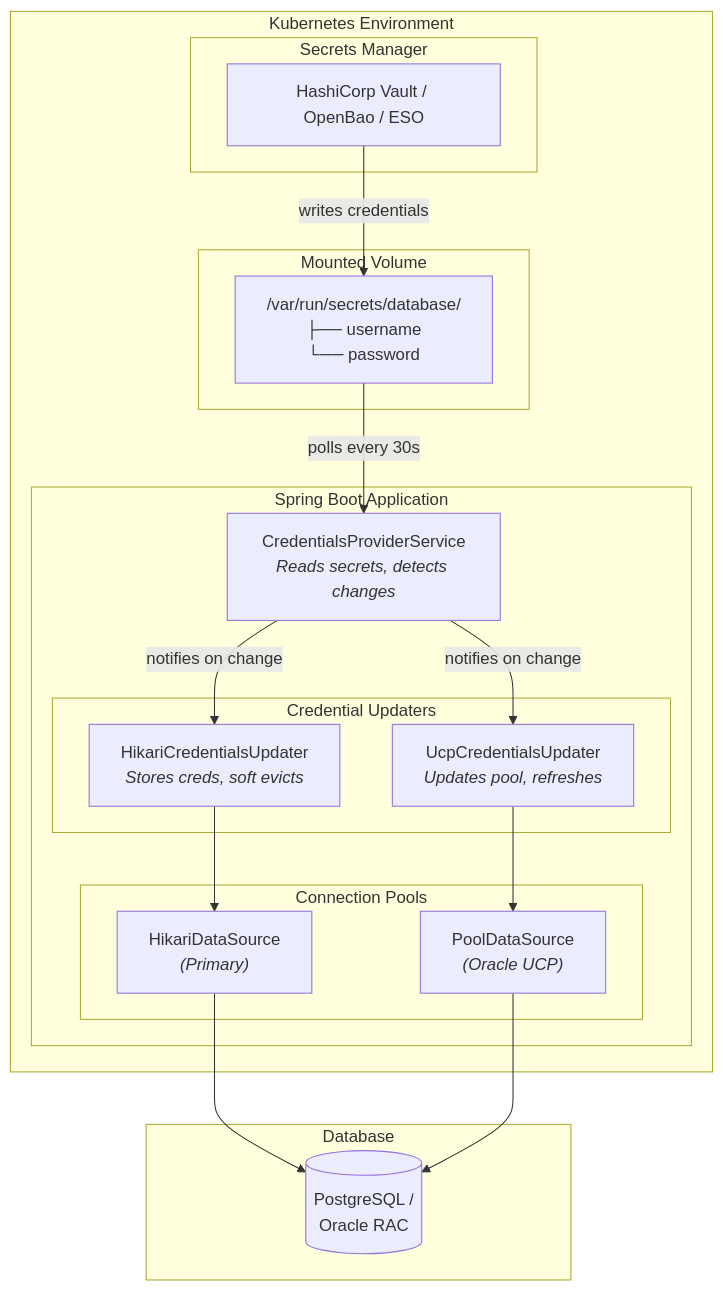
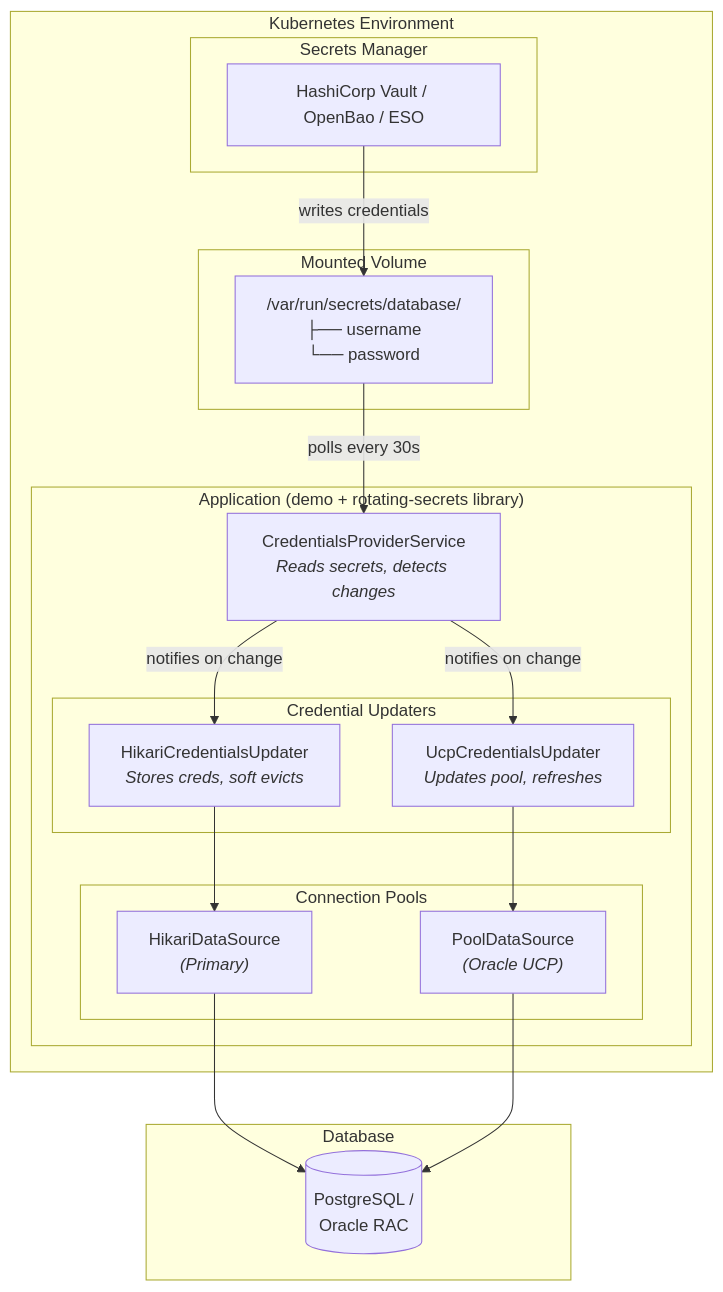
Before and after one commit to bhanafee/RotatingSecrets: the first of 4 diagrams in README.md, drawn with Mermaid. The commit also changed other lines of this file, not shown here.

````diff
--- a/README.md
+++ b/README.md
@@ -33,41 +33,41 @@
 ```mermaid
 flowchart TB
     subgraph K8s["Kubernetes Environment"]
         subgraph Secrets["Secrets Manager"]
             Vault["HashiCorp Vault / OpenBao / ESO"]
         end
 
         subgraph Volume["Mounted Volume"]
             SecretFiles["/var/run/secrets/database/<br/>├── username<br/>└── password"]
         end
 
         Vault -->|"writes credentials"| SecretFiles
 
-        subgraph App["Spring Boot Application"]
+        subgraph App["Application (demo + rotating-secrets library)"]
             CPS["CredentialsProviderService<br/><i>Reads secrets, detects changes</i>"]
 
             subgraph Updaters["Credential Updaters"]
                 HCU["HikariCredentialsUpdater<br/><i>Stores creds, soft evicts</i>"]
                 UCU["UcpCredentialsUpdater<br/><i>Updates pool, refreshes</i>"]
             end
 
             subgraph Pools["Connection Pools"]
                 HDS["HikariDataSource<br/><i>(Primary)</i>"]
                 PDS["PoolDataSource<br/><i>(Oracle UCP)</i>"]
             end
 
             SecretFiles -->|"polls every 30s"| CPS
             CPS -->|"notifies on change"| HCU
             CPS -->|"notifies on change"| UCU
             HCU --> HDS
             UCU --> PDS
         end
     end
 
     subgraph DB["Database"]
         Database[("PostgreSQL /<br/>Oracle RAC")]
     end
 
     HDS --> Database
     PDS --> Database
 ```
````
